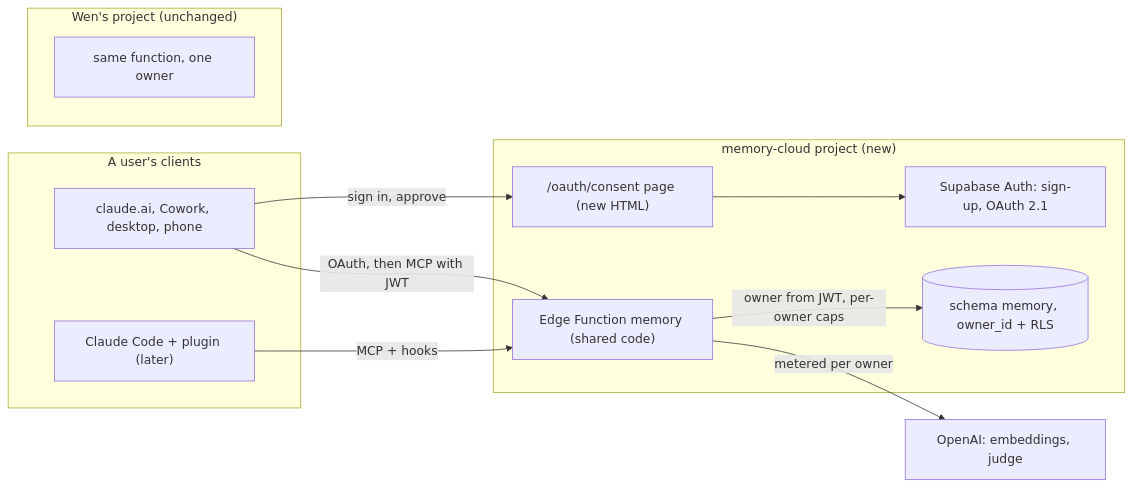
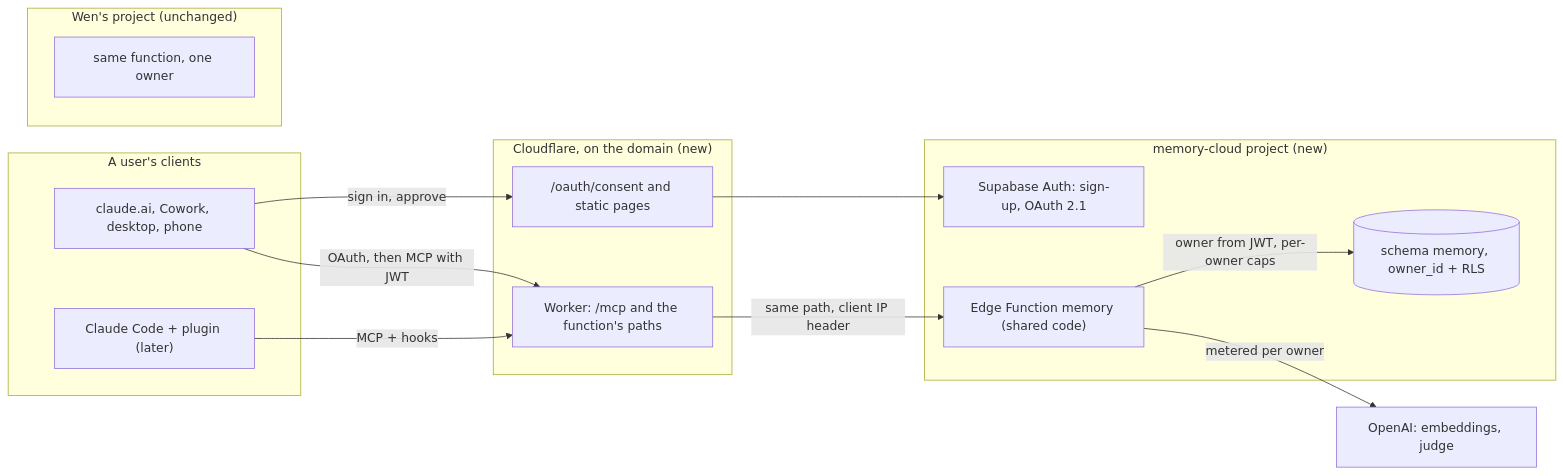
The diagram in memory/PRODUCT-PLAN.md (gewenyu99/heyclyde), drawn with Mermaid before and after one commit. The commit also changed other lines of this file, not shown here.

First line of the commit message:
memory product plan: the domain, on Cloudflare

````diff
--- a/memory/PRODUCT-PLAN.md
+++ b/memory/PRODUCT-PLAN.md
@@ -60,23 +60,27 @@
 ```mermaid
 flowchart LR
   subgraph Clients["A user's clients"]
     Chat["claude.ai, Cowork, desktop, phone"]
     CC["Claude Code + plugin (later)"]
   end
+  subgraph CF["Cloudflare, on the domain (new)"]
+    Consent["/oauth/consent and static pages"]
+    Proxy["Worker: /mcp and the function's paths"]
+  end
   subgraph Cloud["memory-cloud project (new)"]
-    Consent["/oauth/consent page (new HTML)"]
     Auth["Supabase Auth: sign-up, OAuth 2.1"]
     Fn["Edge Function memory (shared code)"]
     DB[("schema memory, owner_id + RLS")]
   end
   OpenAI["OpenAI: embeddings, judge"]
   subgraph Wen["Wen's project (unchanged)"]
     WenFn["same function, one owner"]
   end
-  Chat -- "OAuth, then MCP with JWT" --> Fn
-  CC -- "MCP + hooks" --> Fn
+  Chat -- "OAuth, then MCP with JWT" --> Proxy
+  CC -- "MCP + hooks" --> Proxy
+  Proxy -- "same path, client IP header" --> Fn
   Chat -- "sign in, approve" --> Consent
   Consent --> Auth
   Fn -- "owner from JWT, per-owner caps" --> DB
   Fn -- "metered per owner" --> OpenAI
 ```
````
